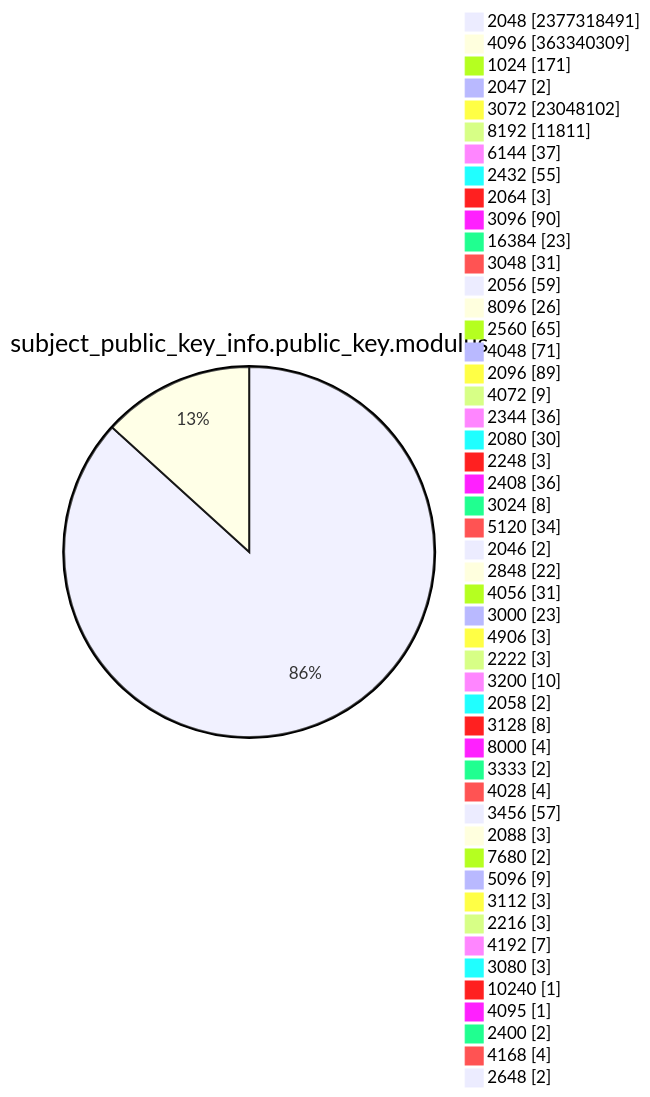
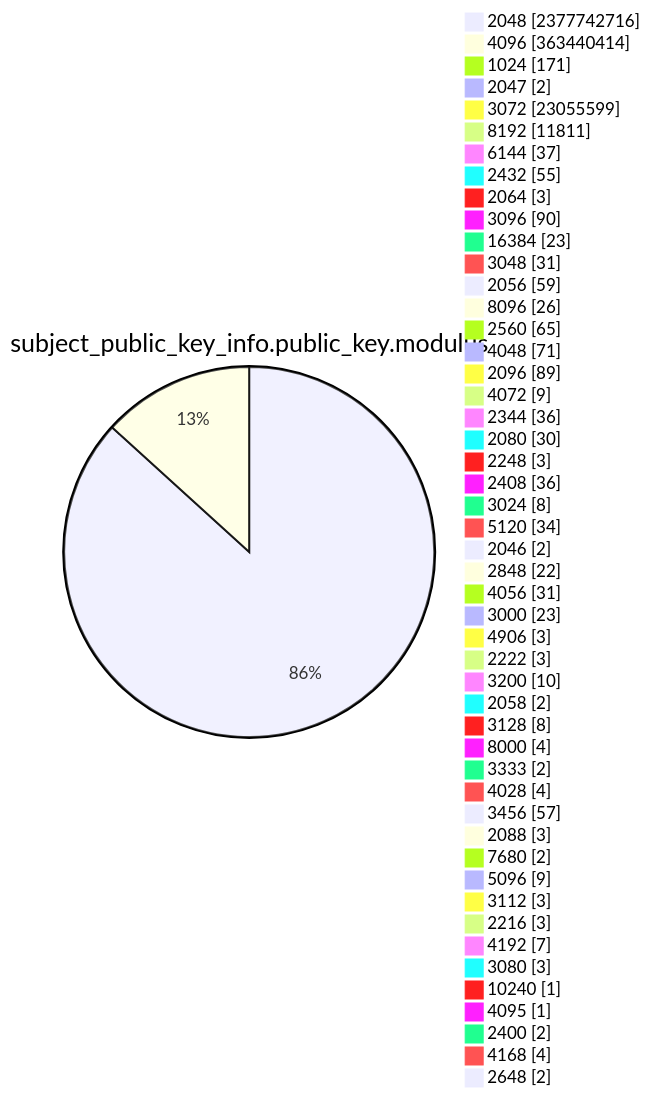
Before and after one commit to christiankrug/ctmonitor_visualization: diagram 13 of 15 in TOTAL/README.md, drawn with Mermaid. The commit also changed other lines of this file, not shown here.

````diff
--- a/TOTAL/README.md
+++ b/TOTAL/README.md
@@ -4167,53 +4167,53 @@
 ```mermaid
 pie showData
 title subject_public_key_info.public_key.modulus
-"2048" :2377318491
-"4096" :363340309
+"2048" :2377742716
+"4096" :363440414
 "1024" :171
 "2047" :2
-"3072" :23048102
+"3072" :23055599
 "8192" :11811
 "6144" :37
 "2432" :55
 "2064" :3
 "3096" :90
 "16384" :23
 "3048" :31
 "2056" :59
 "8096" :26
 "2560" :65
 "4048" :71
 "2096" :89
 "4072" :9
 "2344" :36
 "2080" :30
 "2248" :3
 "2408" :36
 "3024" :8
 "5120" :34
 "2046" :2
 "2848" :22
 "4056" :31
 "3000" :23
 "4906" :3
 "2222" :3
 "3200" :10
 "2058" :2
 "3128" :8
 "8000" :4
 "3333" :2
 "4028" :4
 "3456" :57
 "2088" :3
 "7680" :2
 "5096" :9
 "3112" :3
 "2216" :3
 "4192" :7
 "3080" :3
 "10240" :1
 "4095" :1
 "2400" :2
 "4168" :4
 "2648" :2
 ```
````
